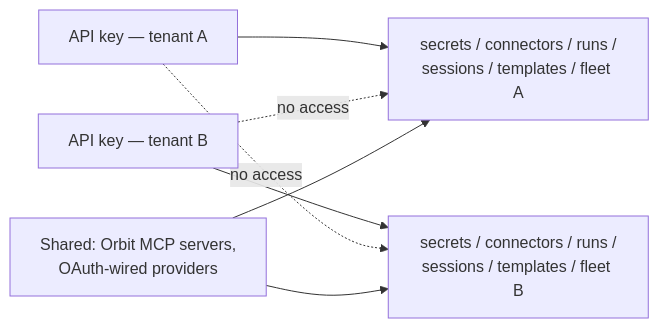
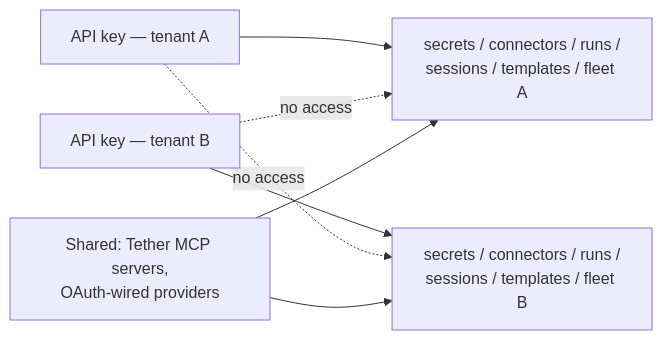
The tenth of 11 diagrams in docs/architecture.md (BLANCO-11/Orbit), drawn with Mermaid before and after one commit. The commit also changed other lines of this file and 119 other files, not shown here.

````diff
--- a/docs/architecture.md
+++ b/docs/architecture.md
@@ -458,9 +458,9 @@
 ```mermaid
 flowchart LR
     KA["API key — tenant A"] --> RA["secrets / connectors / runs /<br/>sessions / templates / fleet A"]
     KB["API key — tenant B"] --> RB["secrets / connectors / runs /<br/>sessions / templates / fleet B"]
     KA -. no access .-> RB
     KB -. no access .-> RA
-    SHARED["Shared: Orbit MCP servers,<br/>OAuth-wired providers"] --> RA
+    SHARED["Shared: Tether MCP servers,<br/>OAuth-wired providers"] --> RA
     SHARED --> RB
 ```
````
